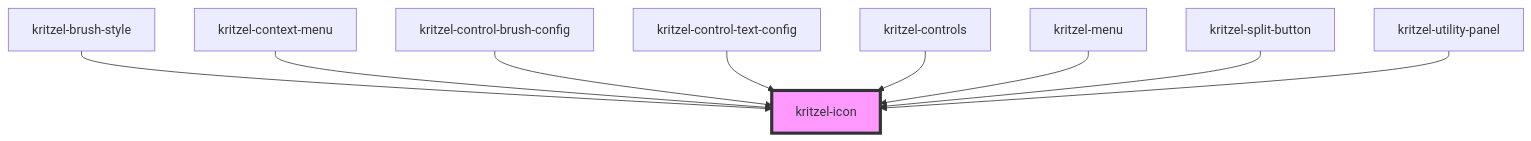
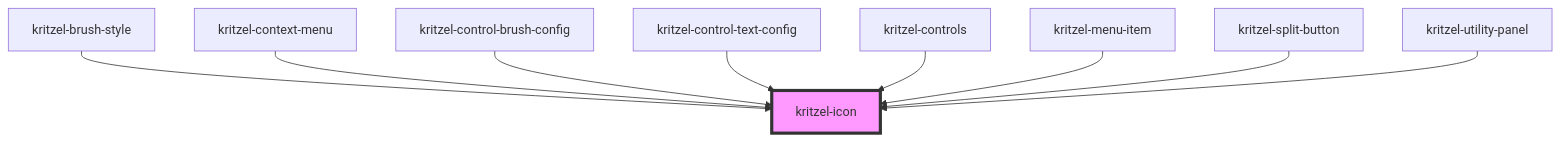
The diagram in libs/kritzel-stencil/src/components/shared/kritzel-icon/readme.md (kasual1/kritzel), drawn with Mermaid before and after one commit. The commit also changed other lines of this file and 19 other files, not shown here.

````diff
--- a/libs/kritzel-stencil/src/components/shared/kritzel-icon/readme.md
+++ b/libs/kritzel-stencil/src/components/shared/kritzel-icon/readme.md
@@ -31,12 +31,12 @@
 ```mermaid
 graph TD;
   kritzel-brush-style --> kritzel-icon
   kritzel-context-menu --> kritzel-icon
   kritzel-control-brush-config --> kritzel-icon
   kritzel-control-text-config --> kritzel-icon
   kritzel-controls --> kritzel-icon
-  kritzel-menu --> kritzel-icon
+  kritzel-menu-item --> kritzel-icon
   kritzel-split-button --> kritzel-icon
   kritzel-utility-panel --> kritzel-icon
   style kritzel-icon fill:#f9f,stroke:#333,stroke-width:4px
 ```
````
